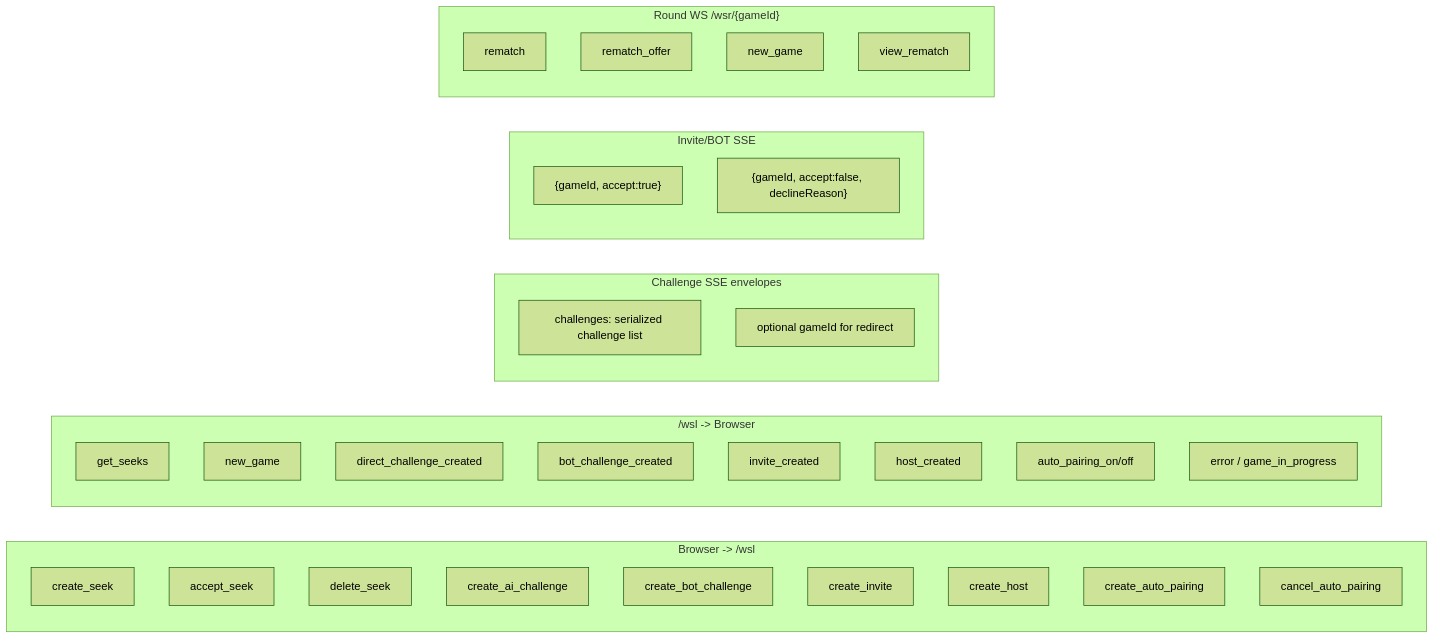
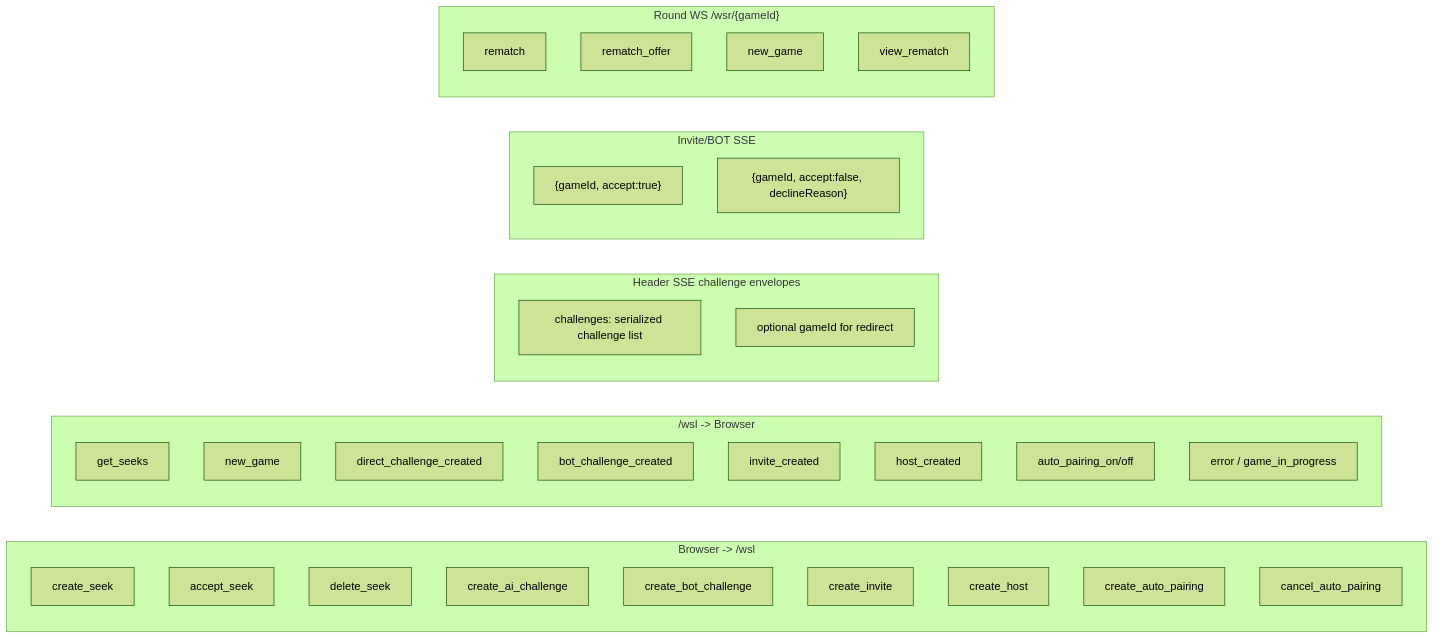
Before and after one commit to gbtami/pychess-variants: diagram 20 of 23 in docs/game-creation-flows.md, drawn with Mermaid (forest theme). The commit also changed other lines of this file and 23 other files, not shown here.

````diff
--- a/docs/game-creation-flows.md
+++ b/docs/game-creation-flows.md
@@ -809,42 +809,42 @@
 ```mermaid
 flowchart LR
     subgraph LobbyInbound["Browser -> /wsl"]
         I1["create_seek"]
         I2["accept_seek"]
         I3["delete_seek"]
         I4["create_ai_challenge"]
         I5["create_bot_challenge"]
         I6["create_invite"]
         I7["create_host"]
         I8["create_auto_pairing"]
         I9["cancel_auto_pairing"]
     end
 
     subgraph LobbyOutbound["/wsl -> Browser"]
         O1["get_seeks"]
         O2["new_game"]
         O3["direct_challenge_created"]
         O4["bot_challenge_created"]
         O5["invite_created"]
         O6["host_created"]
         O7["auto_pairing_on/off"]
         O8["error / game_in_progress"]
     end
 
-    subgraph ChallengeSSEMessages["Challenge SSE envelopes"]
+    subgraph ChallengeSSEMessages["Header SSE challenge envelopes"]
         C1["challenges: serialized challenge list"]
         C2["optional gameId for redirect"]
     end
 
     subgraph InviteSSEMessages["Invite/BOT SSE"]
         S1["{gameId, accept:true}"]
         S2["{gameId, accept:false, declineReason}"]
     end
 
     subgraph RoundMessages["Round WS /wsr/{gameId}"]
         R1["rematch"]
         R2["rematch_offer"]
         R3["new_game"]
         R4["view_rematch"]
     end
 ```
````
